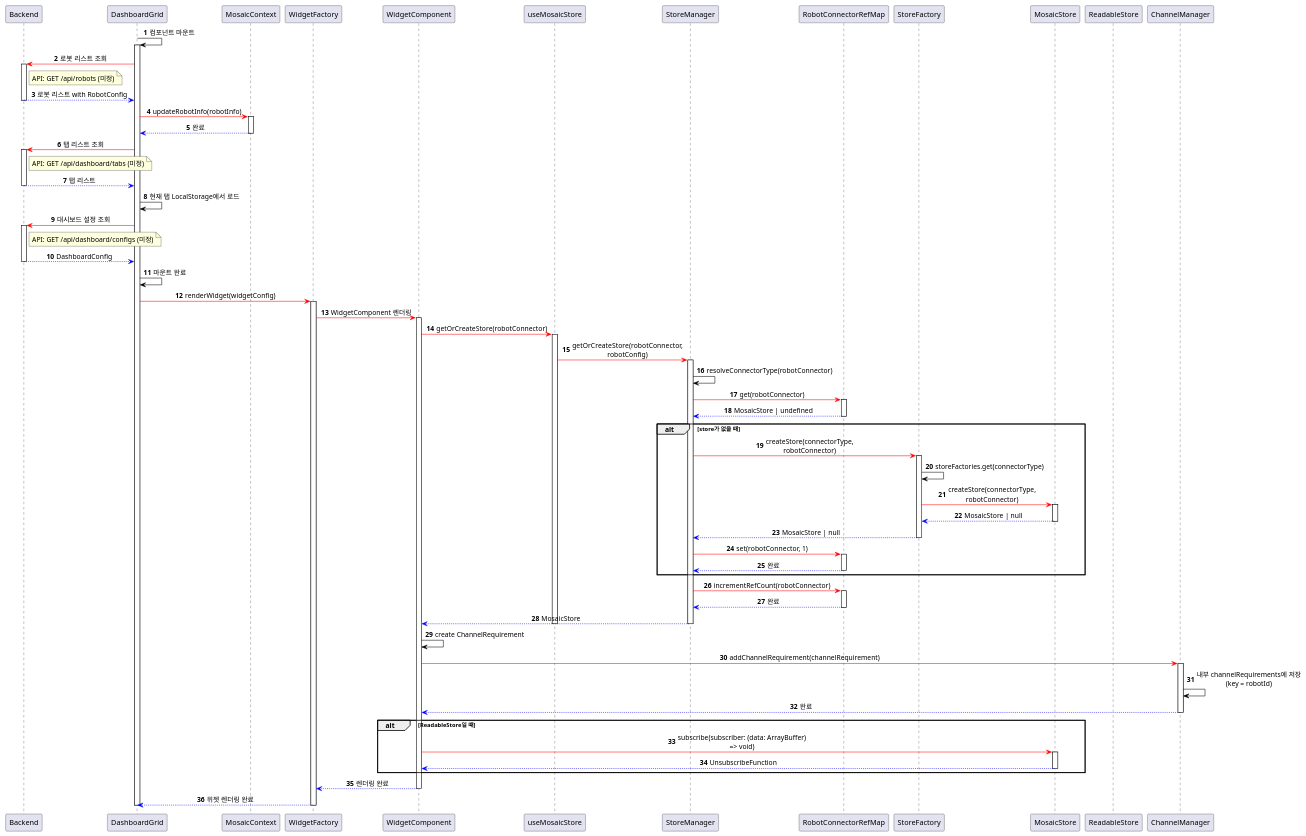
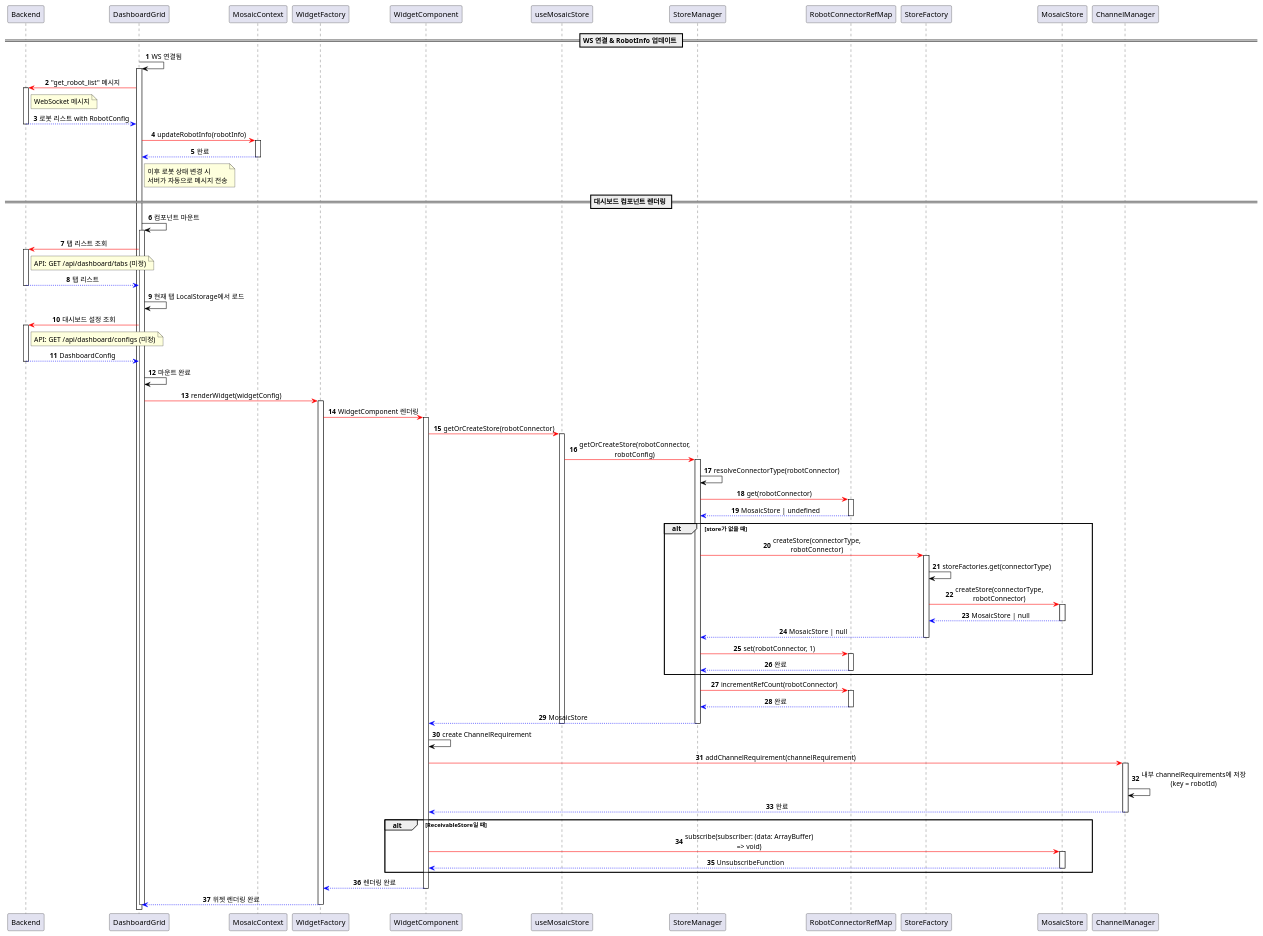
The diagram in diagram/sequence_dashboard_init_render.puml (ACSL-MOSAIC/MOSAIC-Server), drawn with PlantUML before and after one commit. The commit also changed 3 other files, not shown here.

```diff
--- a/diagram/sequence_dashboard_init_render.puml
+++ b/diagram/sequence_dashboard_init_render.puml
@@ -1,129 +1,136 @@
 @startuml
 skinparam sequenceMessageAlign center
 skinparam maxMessageSize 250
 autonumber
 
 participant "Backend" as Backend
 participant "DashboardGrid" as DashboardGrid
 participant "MosaicContext" as MosaicContext
 participant "WidgetFactory" as WidgetFactory
 participant "WidgetComponent" as WidgetComponent
 participant "useMosaicStore" as useMosaicStore
 participant "StoreManager" as StoreManager
 participant "RobotConnectorRefMap" as RobotConnectorRefMap
 participant "StoreFactory" as StoreFactory
 participant "MosaicStore" as MosaicStore
-participant "ReadableStore" as ReadableStore
 participant "ChannelManager" as ChannelManager
 
-DashboardGrid -[#black]> DashboardGrid: 컴포넌트 마운트
+== WS 연결 & RobotInfo 업데이트 ==
+
+DashboardGrid -[#black]> DashboardGrid: WS 연결됨
 activate DashboardGrid
 
-DashboardGrid -[#red]> Backend: 로봇 리스트 조회
+DashboardGrid -[#red]> Backend: "get_robot_list" 메시지
 activate Backend
-note right of Backend: API: GET /api/robots (미정)
+note right of Backend: WebSocket 메시지
 
 Backend --[#blue]> DashboardGrid: 로봇 리스트 with RobotConfig
 deactivate Backend
 
 DashboardGrid -[#red]> MosaicContext: updateRobotInfo(robotInfo)
 activate MosaicContext
 
 MosaicContext --[#blue]> DashboardGrid: 완료
 deactivate MosaicContext
+
+note right of DashboardGrid: 이후 로봇 상태 변경 시\n서버가 자동으로 메시지 전송
+
+== 대시보드 컴포넌트 렌더링 ==
+
+DashboardGrid -[#black]> DashboardGrid: 컴포넌트 마운트
+activate DashboardGrid
 
 DashboardGrid -[#red]> Backend: 탭 리스트 조회
 activate Backend
 note right of Backend: API: GET /api/dashboard/tabs (미정)
 
 Backend --[#blue]> DashboardGrid: 탭 리스트
 deactivate Backend
 
 DashboardGrid -[#black]> DashboardGrid: 현재 탭 LocalStorage에서 로드
 
 DashboardGrid -[#red]> Backend: 대시보드 설정 조회
 activate Backend
 note right of Backend: API: GET /api/dashboard/configs (미정)
 
 Backend --[#blue]> DashboardGrid: DashboardConfig
 deactivate Backend
 
 DashboardGrid -[#black]> DashboardGrid: 마운트 완료
 
 DashboardGrid -[#red]> WidgetFactory: renderWidget(widgetConfig)
 activate WidgetFactory
 
 WidgetFactory -[#red]> WidgetComponent: WidgetComponent 렌더링
 activate WidgetComponent
 
 WidgetComponent -[#red]> useMosaicStore: getOrCreateStore(robotConnector)
 activate useMosaicStore
 
 useMosaicStore -[#red]> StoreManager: getOrCreateStore(robotConnector, robotConfig)
 activate StoreManager
 
 StoreManager -[#black]> StoreManager: resolveConnectorType(robotConnector)
 
 StoreManager -[#red]> RobotConnectorRefMap: get(robotConnector)
 activate RobotConnectorRefMap
 
 RobotConnectorRefMap --[#blue]> StoreManager: MosaicStore | undefined
 deactivate RobotConnectorRefMap
 
 alt store가 없을 때
   StoreManager -[#red]> StoreFactory: createStore(connectorType, robotConnector)
   activate StoreFactory
   
   StoreFactory -[#black]> StoreFactory: storeFactories.get(connectorType)
   
   StoreFactory -[#red]> MosaicStore: createStore(connectorType, robotConnector)
   activate MosaicStore
   MosaicStore --[#blue]> StoreFactory: MosaicStore | null
   deactivate MosaicStore
   
   StoreFactory --[#blue]> StoreManager: MosaicStore | null
   deactivate StoreFactory
   
   StoreManager -[#red]> RobotConnectorRefMap: set(robotConnector, 1)
   activate RobotConnectorRefMap
   RobotConnectorRefMap --[#blue]> StoreManager: 완료
   deactivate RobotConnectorRefMap
 end
 
 StoreManager -[#red]> RobotConnectorRefMap: incrementRefCount(robotConnector)
 activate RobotConnectorRefMap
 
 RobotConnectorRefMap --[#blue]> StoreManager: 완료
 deactivate RobotConnectorRefMap
 
 StoreManager --[#blue]> WidgetComponent: MosaicStore
 deactivate StoreManager
 deactivate useMosaicStore
 
 WidgetComponent -[#black]> WidgetComponent: create ChannelRequirement
 
 WidgetComponent -[#red]> ChannelManager: addChannelRequirement(channelRequirement)
 activate ChannelManager
 
 ChannelManager -[#black]> ChannelManager: 내부 channelRequirements에 저장\n(key = robotId)
 
 ChannelManager --[#blue]> WidgetComponent: 완료
 deactivate ChannelManager
 
-alt ReadableStore일 때
+alt ReceivableStore일 때
   WidgetComponent -[#red]> MosaicStore: subscribe(subscriber: (data: ArrayBuffer) => void)
   activate MosaicStore
   
   MosaicStore --[#blue]> WidgetComponent: UnsubscribeFunction
   deactivate MosaicStore
 end
 
 WidgetComponent --[#blue]> WidgetFactory: 렌더링 완료
 deactivate WidgetComponent
 
 WidgetFactory --[#blue]> DashboardGrid: 위젯 렌더링 완료
 deactivate WidgetFactory
 
 deactivate DashboardGrid
-
 @enduml
```
